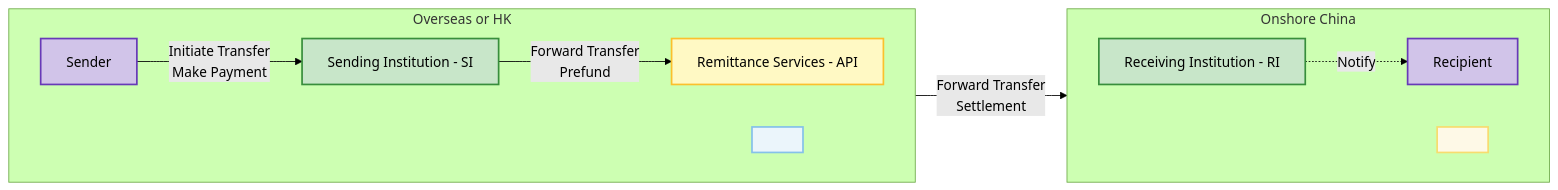
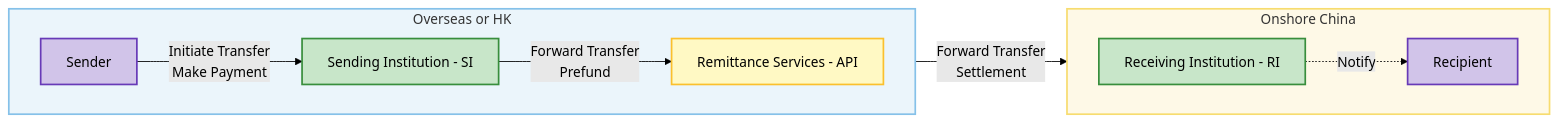
The first of 2 diagrams in README.md (blaire101/data-warehouse-solutions), drawn with Mermaid (forest theme) before and after one commit.

````diff
--- a/README.md
+++ b/README.md
@@ -23,36 +23,33 @@
 ```mermaid
 flowchart LR
 
 %% Node styles
 classDef user fill:#D1C4E9,stroke:#673AB7,stroke-width:2px;
 classDef product fill:#C8E6C9,stroke:#388E3C,stroke-width:2px;
 classDef infra fill:#FFF9C4,stroke:#FBC02D,stroke-width:2px;
 
-%% Subgraph box background
-classDef boxOverseas fill:#EBF5FB,stroke:#85C1E9,stroke-width:2px;
-classDef boxDomestic fill:#FEF9E7,stroke:#F7DC6F,stroke-width:2px;
+%% Subgraph box background (use style + ID)
+style overseasBox fill:#EBF5FB,stroke:#85C1E9,stroke-width:2px
+style chinaBox fill:#FEF9E7,stroke:#F7DC6F,stroke-width:2px
 
 %% Nodes
 Sender["Sender"]:::user
 SI["Sending Institution - SI"]:::product
 API["Remittance Services - API"]:::infra
-
 RI["Receiving Institution - RI"]:::product
 Recipient["Recipient"]:::user
 
-%% Overseas group
-subgraph "Overseas or HK"
-  direction LR
-  dummy1[ ]:::boxOverseas
-  Sender -->|Initiate Transfer<br>Make Payment| SI
-  SI -->|Forward Transfer<br>Prefund| API
+%% Overseas Section
+subgraph overseasBox["Overseas or HK"]
+    direction LR
+    Sender -->|Initiate Transfer<br>Make Payment| SI
+    SI -->|Forward Transfer<br>Prefund| API
 end
 
-%% Onshore China group
-subgraph "Onshore China"
-  direction LR
-  dummy2[ ]:::boxDomestic
-  API -->|Forward Transfer<br>Settlement| RI
-  RI -.->|Notify| Recipient
+%% Onshore China Section
+subgraph chinaBox["Onshore China"]
+    direction LR
+    API -->|Forward Transfer<br>Settlement| RI
+    RI -.->|Notify| Recipient
 end
 ```
````
